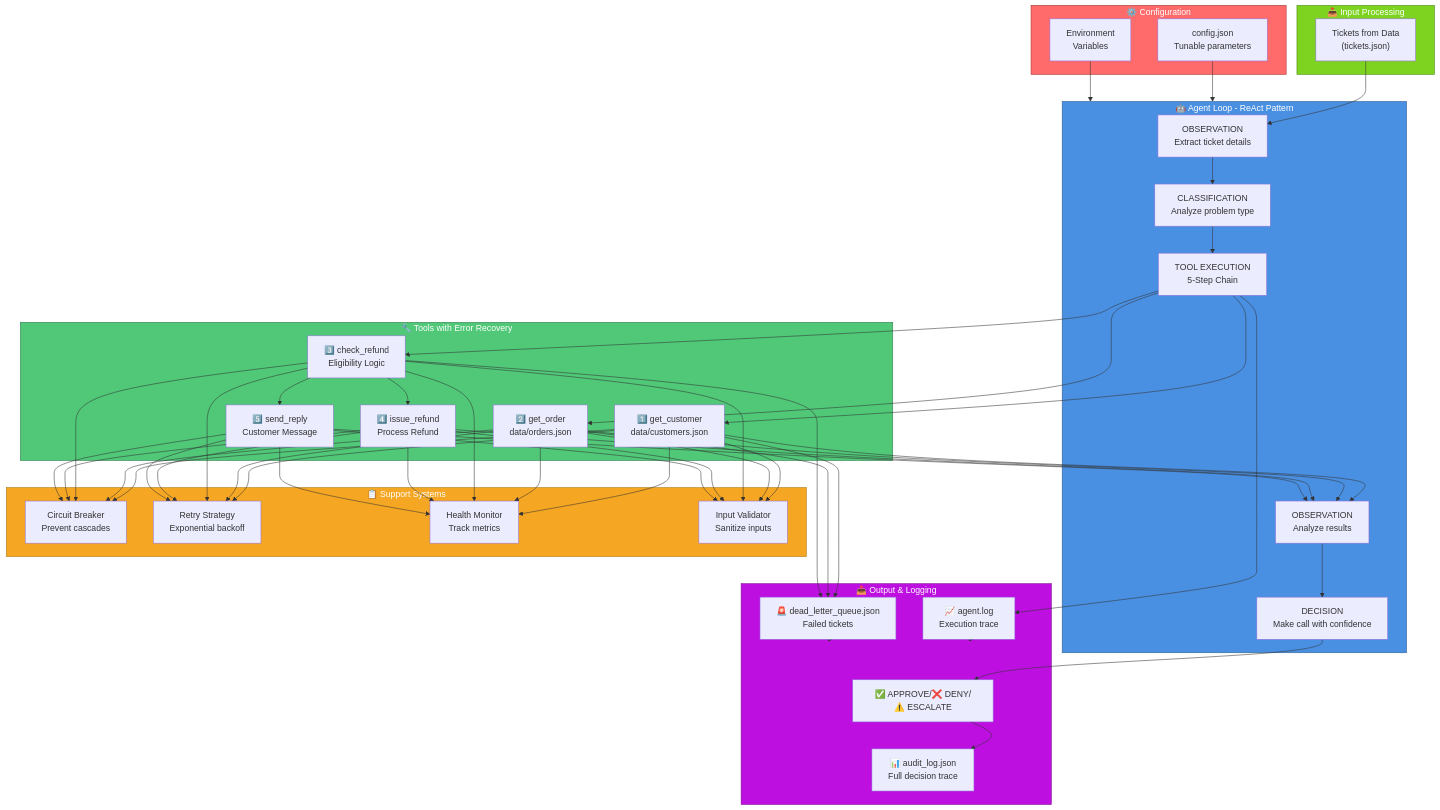
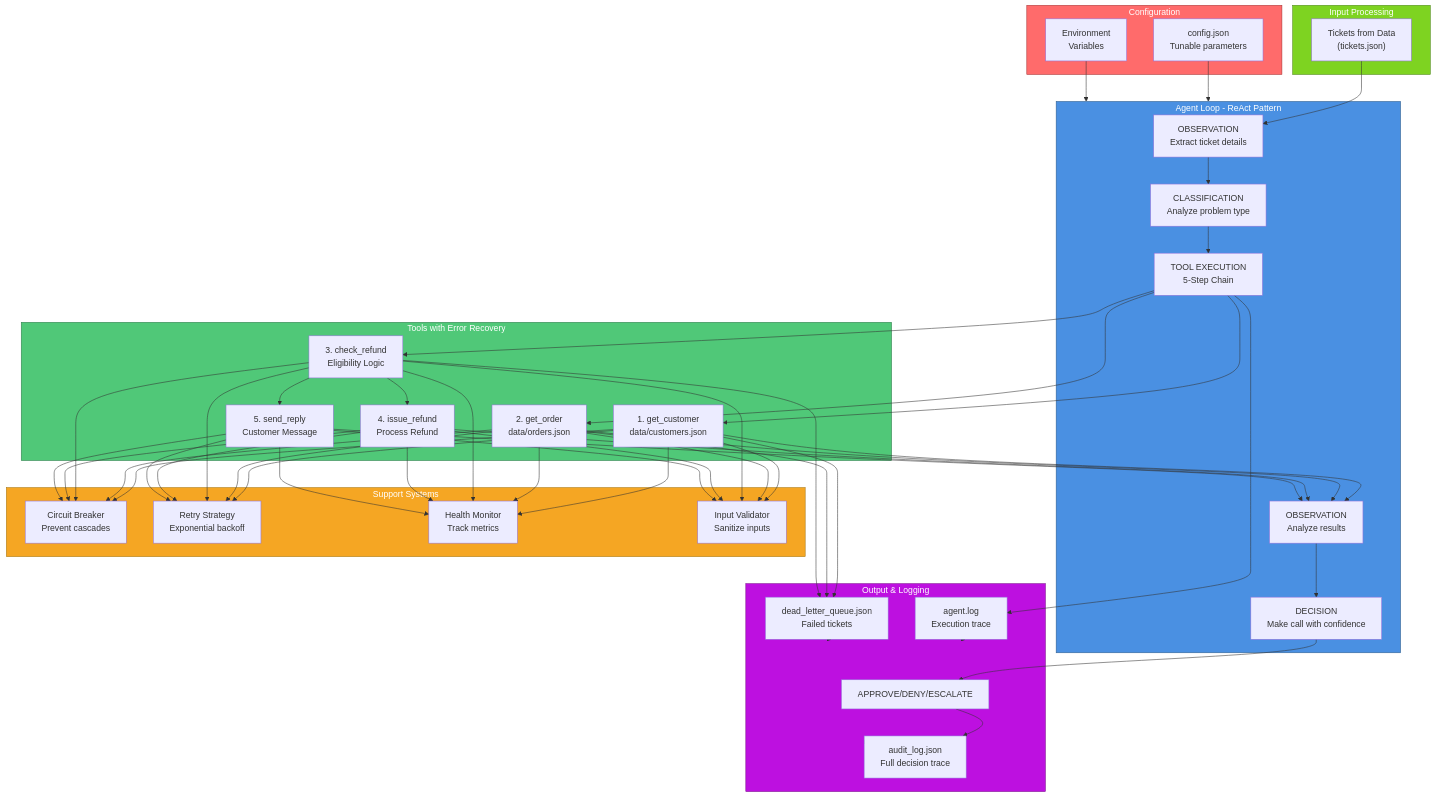
One commit to ankushpahal-12/hackathon2026-Ankush changed the diagram in README.md. Above: the diagram before and after it, drawn with Mermaid. The commit also changed other lines of this file and 17 other files, not shown here.

````diff
--- a/README.md
+++ b/README.md
@@ -77,80 +155,80 @@
 ```mermaid
 graph TB
-    subgraph Input["📥 Input Processing"]
+    subgraph Input["Input Processing"]
         A["Tickets from Data<br/>(tickets.json)"]
     end
     
-    subgraph Agent["🤖 Agent Loop - ReAct Pattern"]
+    subgraph Agent["Agent Loop - ReAct Pattern"]
         B["OBSERVATION<br/>Extract ticket details"]
         C["CLASSIFICATION<br/>Analyze problem type"]
         D["TOOL EXECUTION<br/>5-Step Chain"]
         E["OBSERVATION<br/>Analyze results"]
         F["DECISION<br/>Make call with confidence"]
     end
     
-    subgraph Tools["🔧 Tools with Error Recovery"]
-        G["1️⃣ get_customer<br/>data/customers.json"]
-        H["2️⃣ get_order<br/>data/orders.json"]
-        I["3️⃣ check_refund<br/>Eligibility Logic"]
-        J["4️⃣ issue_refund<br/>Process Refund"]
-        K["5️⃣ send_reply<br/>Customer Message"]
+    subgraph Tools["Tools with Error Recovery"]
+        G["1. get_customer<br/>data/customers.json"]
+        H["2. get_order<br/>data/orders.json"]
+        I["3. check_refund<br/>Eligibility Logic"]
+        J["4. issue_refund<br/>Process Refund"]
+        K["5. send_reply<br/>Customer Message"]
     end
     
-    subgraph Support["📋 Support Systems"]
+    subgraph Support["Support Systems"]
         L["Circuit Breaker<br/>Prevent cascades"]
         M["Retry Strategy<br/>Exponential backoff"]
         N["Health Monitor<br/>Track metrics"]
         O["Input Validator<br/>Sanitize inputs"]
     end
     
-    subgraph Output["📤 Output & Logging"]
-        P["✅ APPROVE/❌ DENY/⚠️ ESCALATE"]
-        Q["📊 audit_log.json<br/>Full decision trace"]
-        R["📈 agent.log<br/>Execution trace"]
-        S["🚨 dead_letter_queue.json<br/>Failed tickets"]
+    subgraph Output["Output & Logging"]
+        P["APPROVE/DENY/ESCALATE"]
+        Q["audit_log.json<br/>Full decision trace"]
+        R["agent.log<br/>Execution trace"]
+        S["dead_letter_queue.json<br/>Failed tickets"]
     end
     
-    subgraph Config["⚙️ Configuration"]
+    subgraph Config["Configuration"]
         T["config.json<br/>Tunable parameters"]
         U["Environment<br/>Variables"]
     end
     
     A --> B
     B --> C
     C --> D
     
     D --> G & H & I
     G --> E
     H --> E
     I --> J & K
     J --> E
     K --> E
     
     E --> F
     F --> P
     
     G --> L & M & N & O
     H --> L & M & N & O
     I --> L & M & N & O
     J --> L & M & N & O
     K --> L & M & N & O
     
     P --> Q
     D --> R
     G --> S
     H --> S
     I --> S
     
     T & U --> Agent
     
     Q --> Output
     R --> Output
     S --> Output
     
     style Agent fill:#4A90E2,stroke:#2E5C8A,color:#fff
     style Tools fill:#50C878,stroke:#2D7A4A,color:#fff
     style Support fill:#F5A623,stroke:#A67614,color:#fff
     style Input fill:#7ED321,stroke:#4A8614,color:#fff
     style Output fill:#BD10E0,stroke:#7A0A8C,color:#fff
     style Config fill:#FF6B6B,stroke:#A63030,color:#fff
 ```
````
